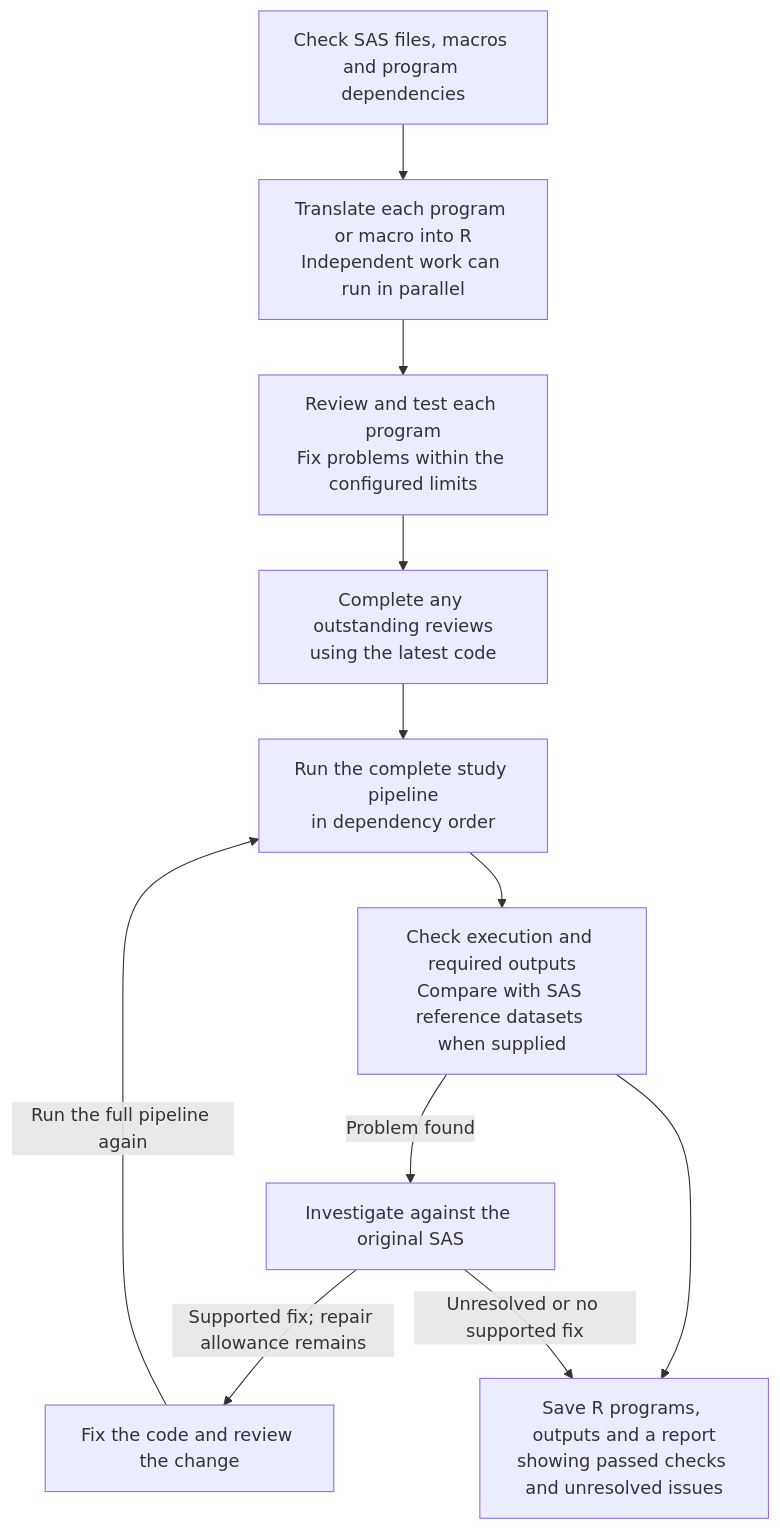
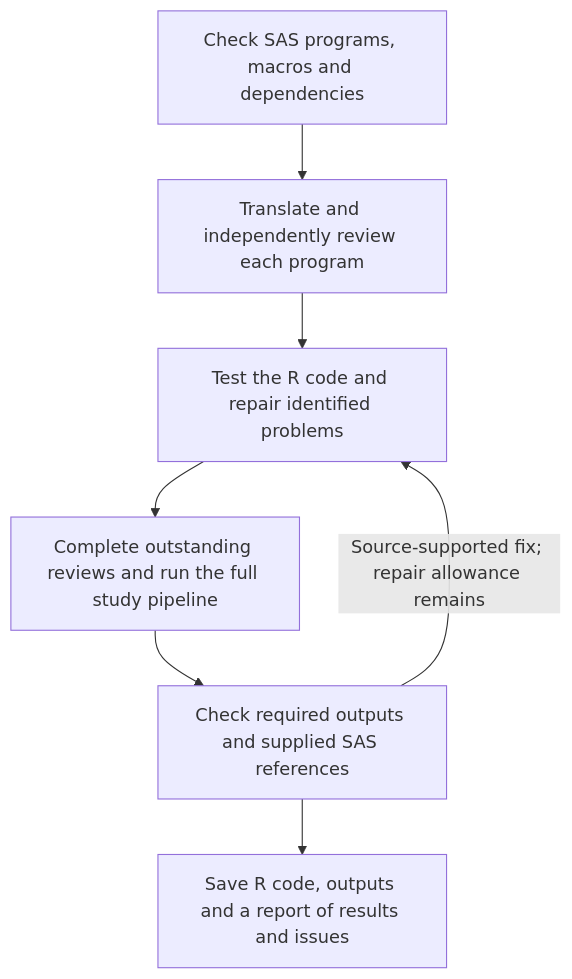
One commit to songyue-chen/sas2r changed the diagram in README.md. Above: the diagram before and after it, drawn with Mermaid. The commit also changed other lines of this file and 8 other files, not shown here.

````diff
--- a/README.md
+++ b/README.md
@@ -49,13 +26,9 @@
 ```mermaid
 flowchart TD
-    source["Check SAS files, macros and program dependencies"] --> draft["Translate each program or macro into R<br/>Independent work can run in parallel"]
-    draft --> check["Review and test each program<br/>Fix problems within the configured limits"]
-    check --> review["Complete any outstanding reviews<br/>using the latest code"]
-    review --> run["Run the complete study pipeline<br/>in dependency order"]
-    run --> outputs["Check execution and required outputs<br/>Compare with SAS reference datasets when supplied"]
-    outputs -->|"Problem found"| investigate["Investigate against the original SAS"]
-    investigate -->|"Supported fix; repair allowance remains"| repair["Fix the code and review the change"]
-    repair -->|"Run the full pipeline again"| run
-    outputs --> report["Save R programs, outputs and a report<br/>showing passed checks and unresolved issues"]
-    investigate -->|"Unresolved or no supported fix"| report
+    source["Check SAS programs, macros and dependencies"] --> translate["Translate and independently review each program"]
+    translate --> test["Test the R code and repair identified problems"]
+    test --> run["Complete outstanding reviews and run the full study pipeline"]
+    run --> check["Check required outputs and supplied SAS references"]
+    check --> report["Save R code, outputs and a report of results and issues"]
+    check -->|"Source-supported fix; repair allowance remains"| test
 ```
````
